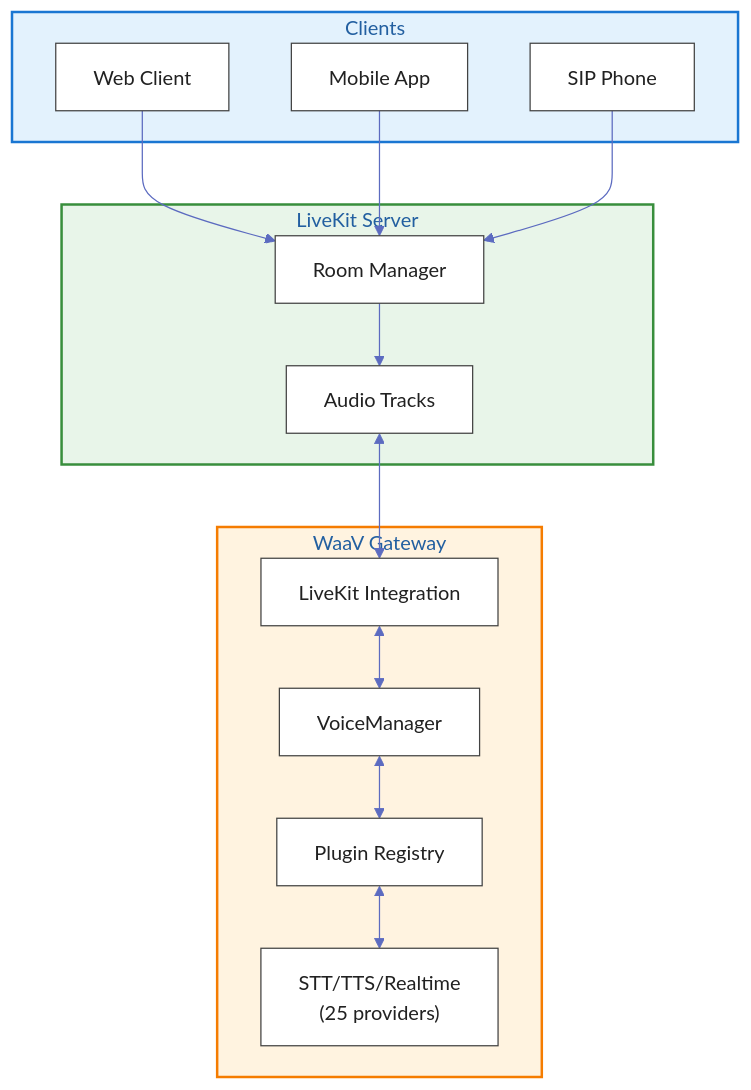
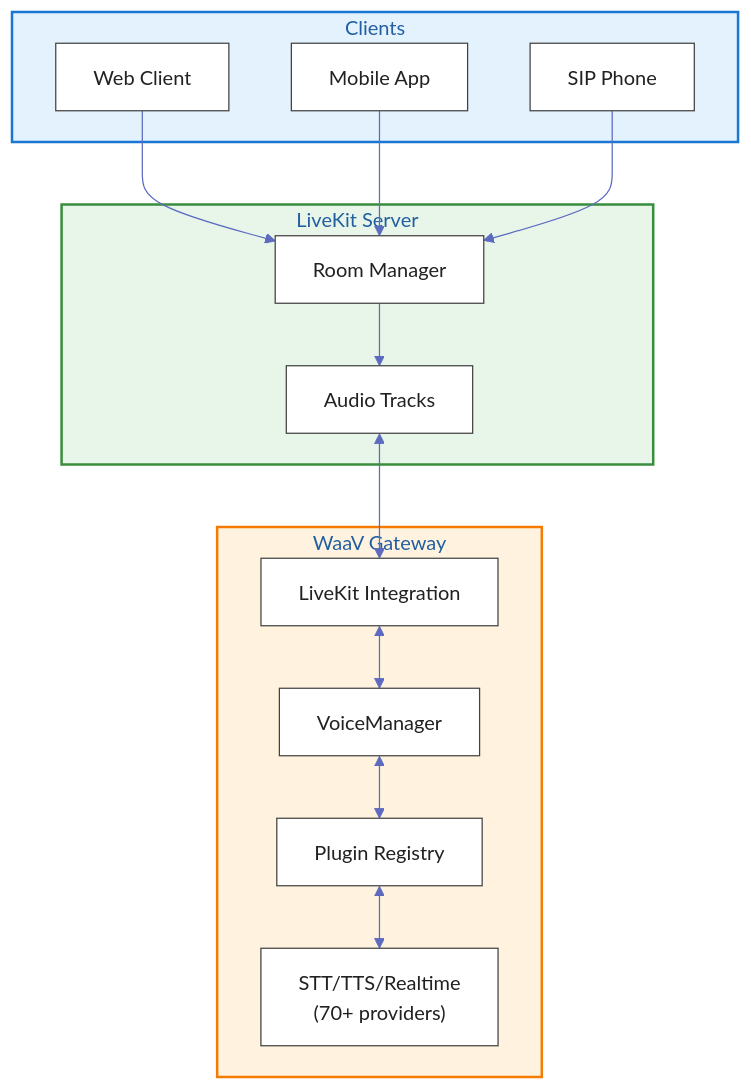
The fifth of 5 diagrams in gateway/README.md (BudEcosystem/WaaV), drawn with Mermaid before and after one commit. The commit also changed other lines of this file and 2 other files, not shown here.

First line of the commit message:
docs: Add comprehensive supported providers documentation (70+ providers)

````diff
--- a/gateway/README.md
+++ b/gateway/README.md
@@ -408,32 +412,32 @@
 ```mermaid
 %%{init: {'theme': 'base', 'themeVariables': { 'primaryColor': '#4a90d9', 'primaryTextColor': '#212121', 'primaryBorderColor': '#2c5aa0', 'lineColor': '#5c6bc0', 'background': '#fafafa', 'mainBkg': '#ffffff', 'nodeBorder': '#424242', 'clusterBkg': '#f5f5f5', 'clusterBorder': '#bdbdbd'}}}%%
 flowchart TB
     subgraph Clients["Clients"]
         Web["Web Client"]
         Mobile["Mobile App"]
         SIP["SIP Phone"]
     end
 
     subgraph LiveKit["LiveKit Server"]
         Room["Room Manager"]
         Track["Audio Tracks"]
     end
 
     subgraph Gateway["WaaV Gateway"]
         LKI["LiveKit Integration"]
         REG["Plugin Registry"]
         VM2["VoiceManager"]
-        Providers["STT/TTS/Realtime<br/>(25 providers)"]
+        Providers["STT/TTS/Realtime<br/>(70+ providers)"]
     end
 
     Web & Mobile & SIP --> Room
     Room --> Track
     Track <--> LKI
     LKI <--> VM2
     VM2 <--> REG
     REG <--> Providers
 
     style Clients fill:#e3f2fd,stroke:#1976d2,stroke-width:2px
     style LiveKit fill:#e8f5e9,stroke:#388e3c,stroke-width:2px
     style Gateway fill:#fff3e0,stroke:#f57c00,stroke-width:2px
 ```
````
